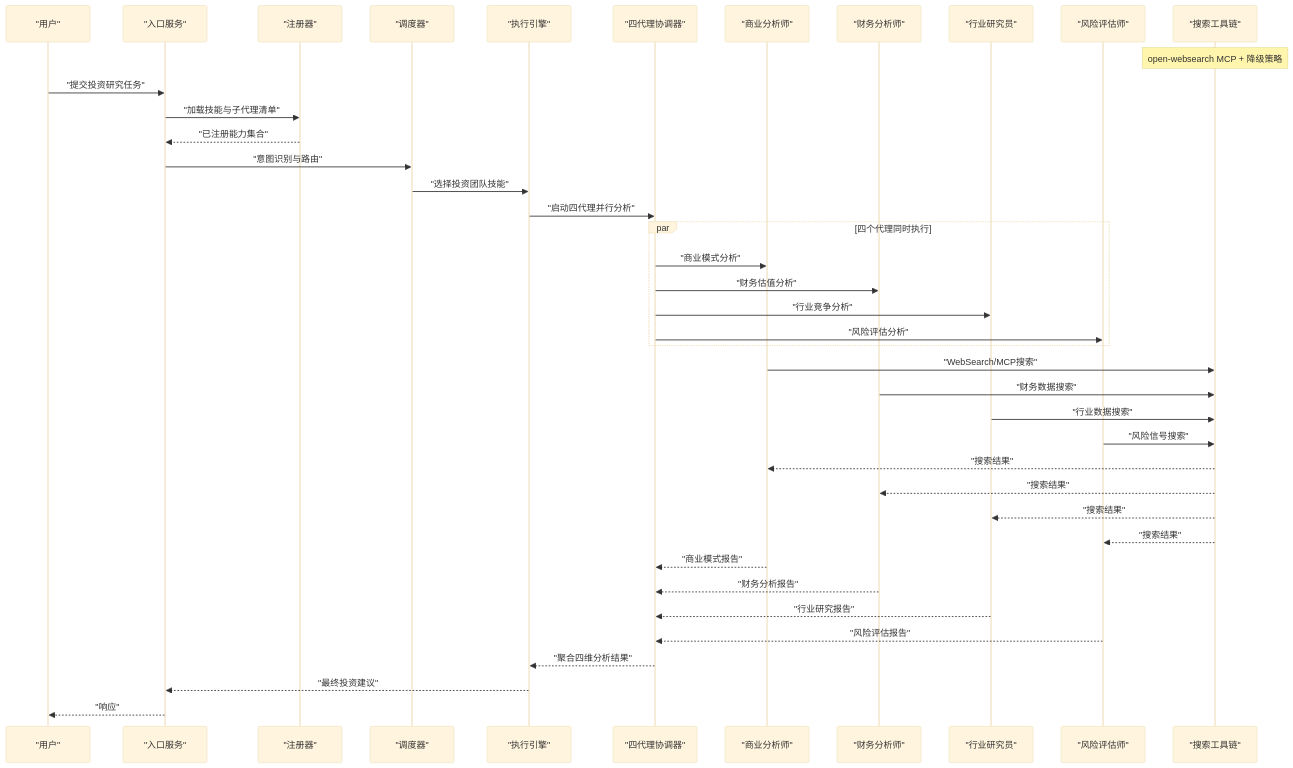
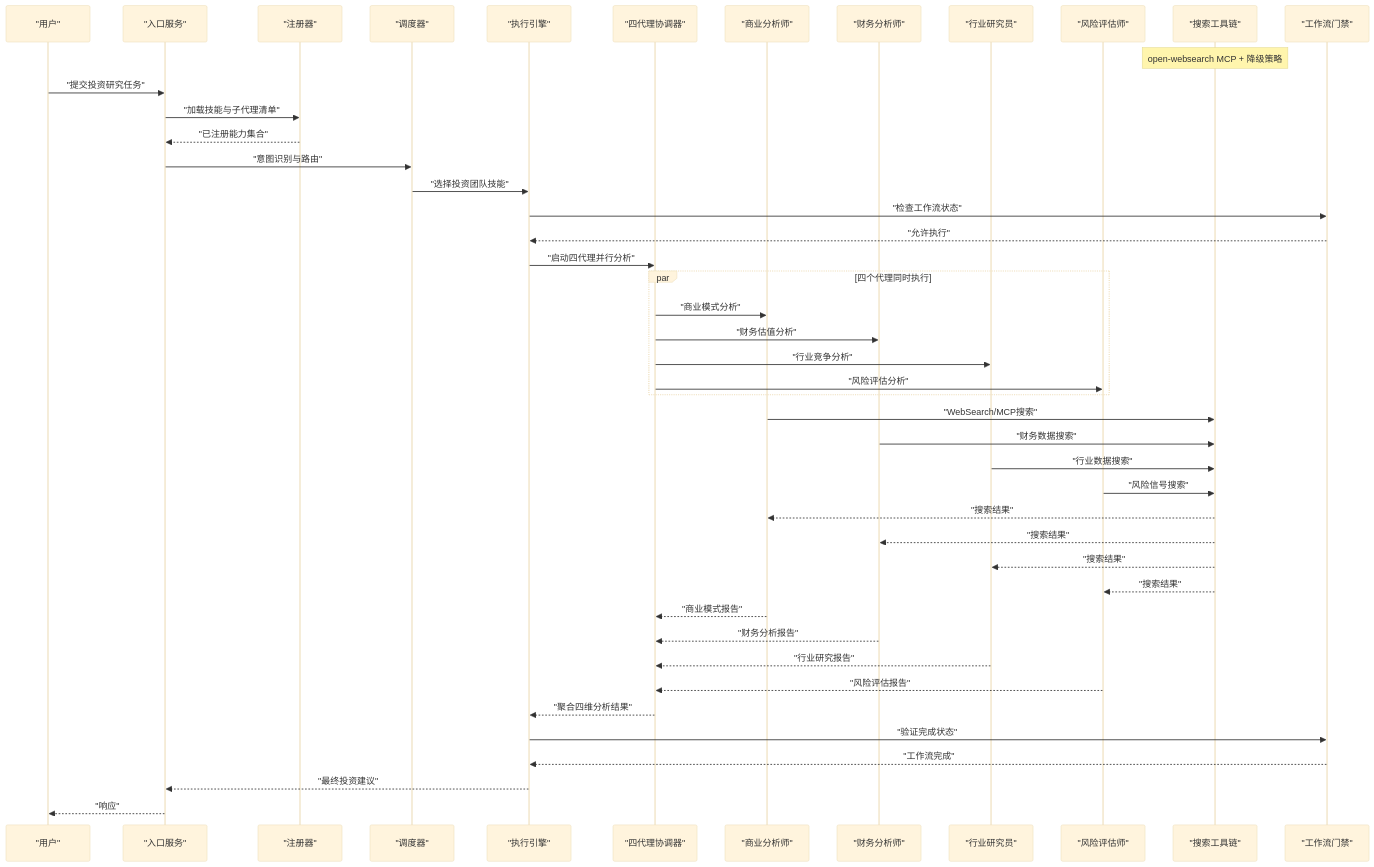
Before and after one commit to Ted-Engineer/ai-berkshire: the second of 8 diagrams in .qoder/repowiki/zh/content/AI技能系统/技能架构设计.md, drawn with Mermaid (base theme). The commit also changed other lines of this file and 87 other files, not shown here.

````diff
--- a/.qoder/repowiki/zh/content/AI技能系统/技能架构设计.md
+++ b/.qoder/repowiki/zh/content/AI技能系统/技能架构设计.md
@@ -128,42 +130,47 @@
 ```mermaid
 sequenceDiagram
 participant U as "用户"
 participant API as "入口服务"
 participant REG as "注册器"
 participant DSP as "调度器"
 participant EXE as "执行引擎"
 participant CO as "四代理协调器"
 participant A1 as "商业分析师"
 participant A2 as "财务分析师"
 participant A3 as "行业研究员"
 participant A4 as "风险评估师"
 participant SEARCH as "搜索工具链"
+participant GATE as "工作流门禁"
 Note over SEARCH : open-websearch MCP + 降级策略
 U->>API : "提交投资研究任务"
 API->>REG : "加载技能与子代理清单"
 REG-->>API : "已注册能力集合"
 API->>DSP : "意图识别与路由"
 DSP->>EXE : "选择投资团队技能"
+EXE->>GATE : "检查工作流状态"
+GATE-->>EXE : "允许执行"
 EXE->>CO : "启动四代理并行分析"
 par 四个代理同时执行
 CO->>A1 : "商业模式分析"
 CO->>A2 : "财务估值分析"
 CO->>A3 : "行业竞争分析"
 CO->>A4 : "风险评估分析"
 end
 A1->>SEARCH : "WebSearch/MCP搜索"
 A2->>SEARCH : "财务数据搜索"
 A3->>SEARCH : "行业数据搜索"
 A4->>SEARCH : "风险信号搜索"
 SEARCH-->>A1 : "搜索结果"
 SEARCH-->>A2 : "搜索结果"
 SEARCH-->>A3 : "搜索结果"
 SEARCH-->>A4 : "搜索结果"
 A1-->>CO : "商业模式报告"
 A2-->>CO : "财务分析报告"
 A3-->>CO : "行业研究报告"
 A4-->>CO : "风险评估报告"
 CO-->>EXE : "聚合四维分析结果"
+EXE->>GATE : "验证完成状态"
+GATE-->>EXE : "工作流完成"
 EXE-->>API : "最终投资建议"
 API-->>U : "响应"
 ```
````
